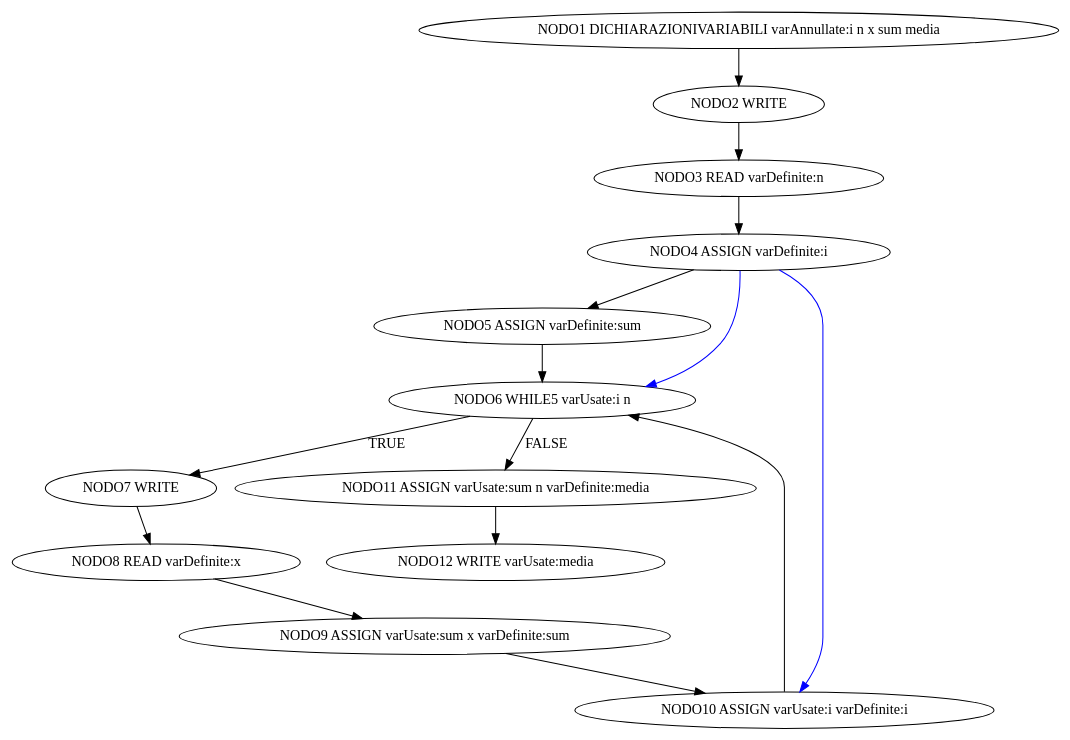
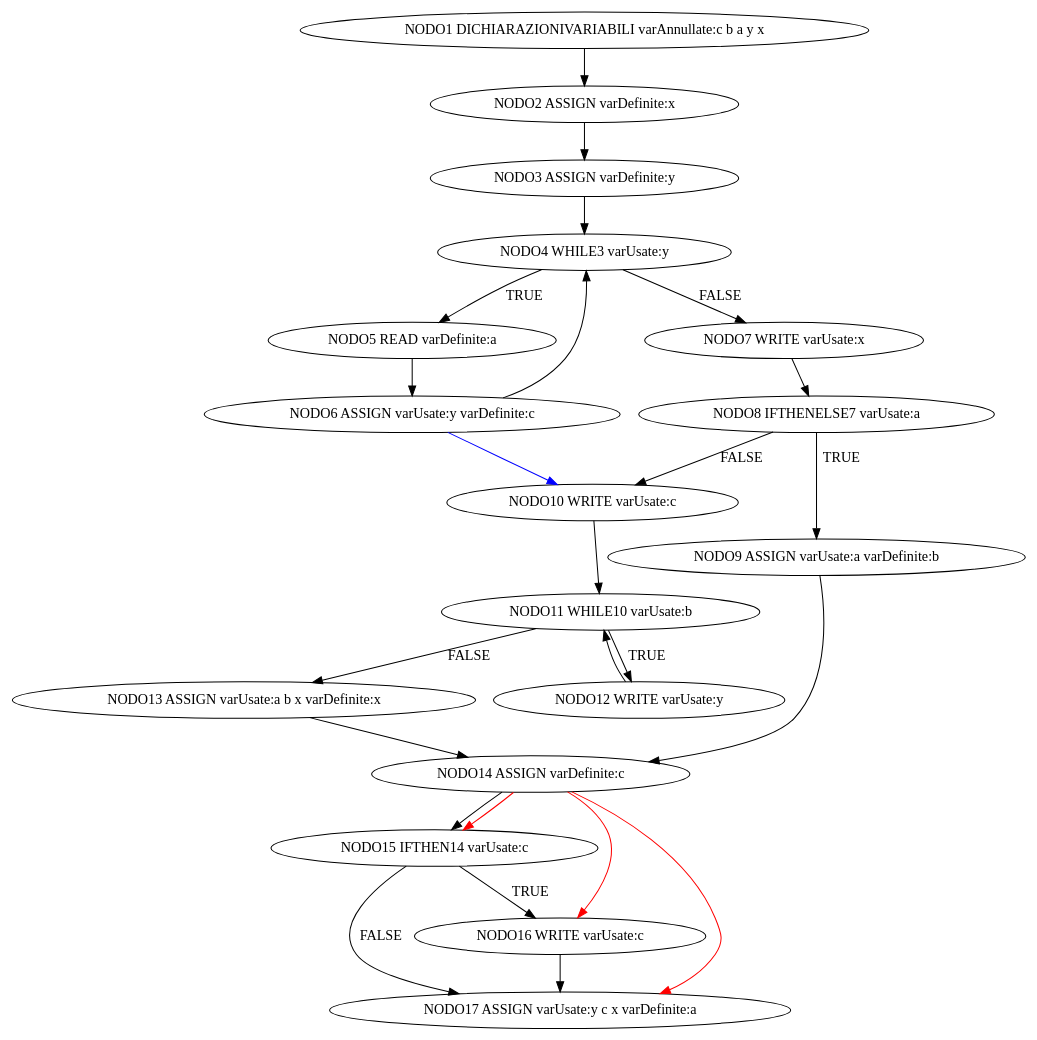
The diagram in cammini.dot (Mazzotta-Fabio/Compilatore-YASPL), drawn with Graphviz before and after one commit. The commit also changed 12 other files, not shown here.

```diff
--- a/cammini.dot
+++ b/cammini.dot
@@ -1,45 +1,75 @@
 diGraph G {
-NODO1 [label="NODO1 DICHIARAZIONIVARIABILI varAnnullate:i n x sum media "]
-NODO2 [label="NODO2 WRITE "]
+NODO1 [label="NODO1 DICHIARAZIONIVARIABILI varAnnullate:c b a y x "]
+NODO2 [label="NODO2 ASSIGN varDefinite:x "]
 NODO1 -> NODO2
-NODO2 [label="NODO2 WRITE "]
-NODO3 [label="NODO3 READ varDefinite:n "]
+NODO2 [label="NODO2 ASSIGN varDefinite:x "]
+NODO3 [label="NODO3 ASSIGN varDefinite:y "]
 NODO2 -> NODO3
-NODO3 [label="NODO3 READ varDefinite:n "]
-NODO4 [label="NODO4 ASSIGN varDefinite:i "]
+NODO3 [label="NODO3 ASSIGN varDefinite:y "]
+NODO4 [label="NODO4 WHILE3 varUsate:y "]
 NODO3 -> NODO4
-NODO4 [label="NODO4 ASSIGN varDefinite:i "]
-NODO5 [label="NODO5 ASSIGN varDefinite:sum "]
-NODO4 -> NODO5
-NODO5 [label="NODO5 ASSIGN varDefinite:sum "]
-NODO6 [label="NODO6 WHILE5 varUsate:i n "]
+NODO4 [label="NODO4 WHILE3 varUsate:y "]
+NODO5 [label="NODO5 READ varDefinite:a "]
+NODO4 -> NODO5 [label="TRUE      "]; 
+NODO5 [label="NODO5 READ varDefinite:a "]
+NODO6 [label="NODO6 ASSIGN varUsate:y varDefinite:c "]
 NODO5 -> NODO6
-NODO6 [label="NODO6 WHILE5 varUsate:i n "]
-NODO7 [label="NODO7 WRITE "]
-NODO6 -> NODO7 [label="TRUE      "]; 
-NODO7 [label="NODO7 WRITE "]
-NODO8 [label="NODO8 READ varDefinite:x "]
+NODO6 [label="NODO6 ASSIGN varUsate:y varDefinite:c "]
+NODO4 [label="NODO4 WHILE3 varUsate:y "]
+NODO6 -> NODO4
+NODO4 [label="NODO4 WHILE3 varUsate:y "]
+NODO7 [label="NODO7 WRITE varUsate:x "]
+NODO4 -> NODO7 [label="FALSE"]; 
+NODO7 [label="NODO7 WRITE varUsate:x "]
+NODO8 [label="NODO8 IFTHENELSE7 varUsate:a "]
 NODO7 -> NODO8
-NODO8 [label="NODO8 READ varDefinite:x "]
-NODO9 [label="NODO9 ASSIGN varUsate:sum x varDefinite:sum "]
-NODO8 -> NODO9
-NODO9 [label="NODO9 ASSIGN varUsate:sum x varDefinite:sum "]
-NODO10 [label="NODO10 ASSIGN varUsate:i varDefinite:i "]
-NODO9 -> NODO10
-NODO10 [label="NODO10 ASSIGN varUsate:i varDefinite:i "]
-NODO6 [label="NODO6 WHILE5 varUsate:i n "]
-NODO10 -> NODO6
-NODO6 [label="NODO6 WHILE5 varUsate:i n "]
-NODO11 [label="NODO11 ASSIGN varUsate:sum n varDefinite:media "]
-NODO6 -> NODO11 [label="FALSE"]; 
-NODO11 [label="NODO11 ASSIGN varUsate:sum n varDefinite:media "]
-NODO12 [label="NODO12 WRITE varUsate:media "]
-NODO11 -> NODO12
-NODO4 [label="NODO4 ASSIGN varDefinite:i "]
-NODO6 [label="NODO6 WHILE5 varUsate:i n "]
-NODO4 -> NODO6 [color="blue"]
-NODO4 [label="NODO4 ASSIGN varDefinite:i "]
-NODO10 [label="NODO10 ASSIGN varUsate:i varDefinite:i "]
-NODO4 -> NODO10 [color="blue"]
+NODO8 [label="NODO8 IFTHENELSE7 varUsate:a "]
+NODO9 [label="NODO9 ASSIGN varUsate:a varDefinite:b "]
+NODO8 -> NODO9 [label="TRUE      "]; 
+NODO8 [label="NODO8 IFTHENELSE7 varUsate:a "]
+NODO10 [label="NODO10 WRITE varUsate:c "]
+NODO8 -> NODO10 [label="FALSE"]; 
+NODO10 [label="NODO10 WRITE varUsate:c "]
+NODO11 [label="NODO11 WHILE10 varUsate:b "]
+NODO10 -> NODO11
+NODO11 [label="NODO11 WHILE10 varUsate:b "]
+NODO12 [label="NODO12 WRITE varUsate:y "]
+NODO11 -> NODO12 [label="TRUE      "]; 
+NODO12 [label="NODO12 WRITE varUsate:y "]
+NODO11 [label="NODO11 WHILE10 varUsate:b "]
+NODO12 -> NODO11
+NODO11 [label="NODO11 WHILE10 varUsate:b "]
+NODO13 [label="NODO13 ASSIGN varUsate:a b x varDefinite:x "]
+NODO11 -> NODO13 [label="FALSE"]; 
+NODO9 [label="NODO9 ASSIGN varUsate:a varDefinite:b "]
+NODO14 [label="NODO14 ASSIGN varDefinite:c "]
+NODO9 -> NODO14
+NODO13 [label="NODO13 ASSIGN varUsate:a b x varDefinite:x "]
+NODO14 [label="NODO14 ASSIGN varDefinite:c "]
+NODO13 -> NODO14
+NODO14 [label="NODO14 ASSIGN varDefinite:c "]
+NODO15 [label="NODO15 IFTHEN14 varUsate:c "]
+NODO14 -> NODO15
+NODO15 [label="NODO15 IFTHEN14 varUsate:c "]
+NODO16 [label="NODO16 WRITE varUsate:c "]
+NODO15 -> NODO16 [label="TRUE      "]; 
+NODO15 [label="NODO15 IFTHEN14 varUsate:c "]
+NODO17 [label="NODO17 ASSIGN varUsate:y c x varDefinite:a "]
+NODO15 -> NODO17 [label="FALSE"]; 
+NODO16 [label="NODO16 WRITE varUsate:c "]
+NODO17 [label="NODO17 ASSIGN varUsate:y c x varDefinite:a "]
+NODO16 -> NODO17
+NODO6 [label="NODO6 ASSIGN varUsate:y varDefinite:c "]
+NODO10 [label="NODO10 WRITE varUsate:c "]
+NODO6 -> NODO10 [color="blue"]
+NODO14 [label="NODO14 ASSIGN varDefinite:c "]
+NODO15 [label="NODO15 IFTHEN14 varUsate:c "]
+NODO14 -> NODO15 [color="red"]
+NODO14 [label="NODO14 ASSIGN varDefinite:c "]
+NODO16 [label="NODO16 WRITE varUsate:c "]
+NODO14 -> NODO16 [color="red"]
+NODO14 [label="NODO14 ASSIGN varDefinite:c "]
+NODO17 [label="NODO17 ASSIGN varUsate:y c x varDefinite:a "]
+NODO14 -> NODO17 [color="red"]
 
 }
```
